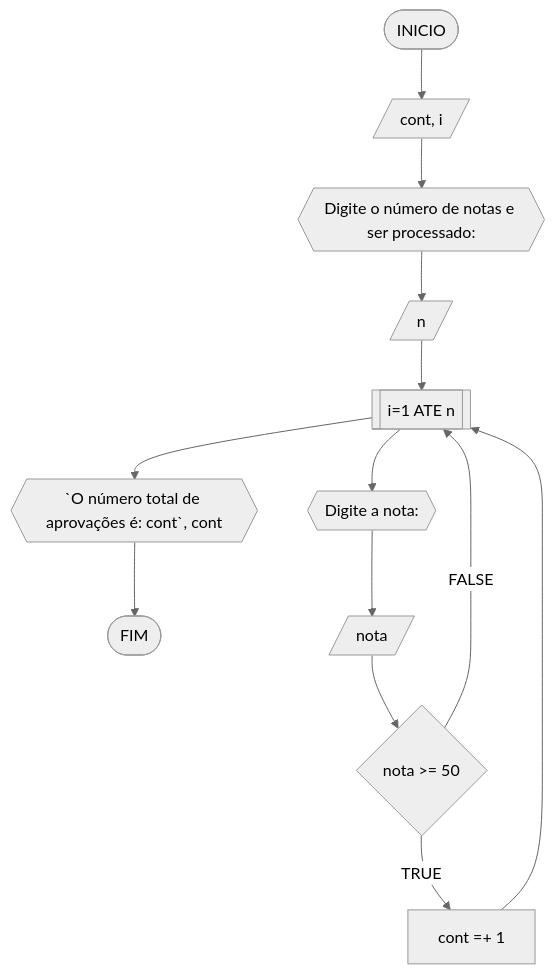
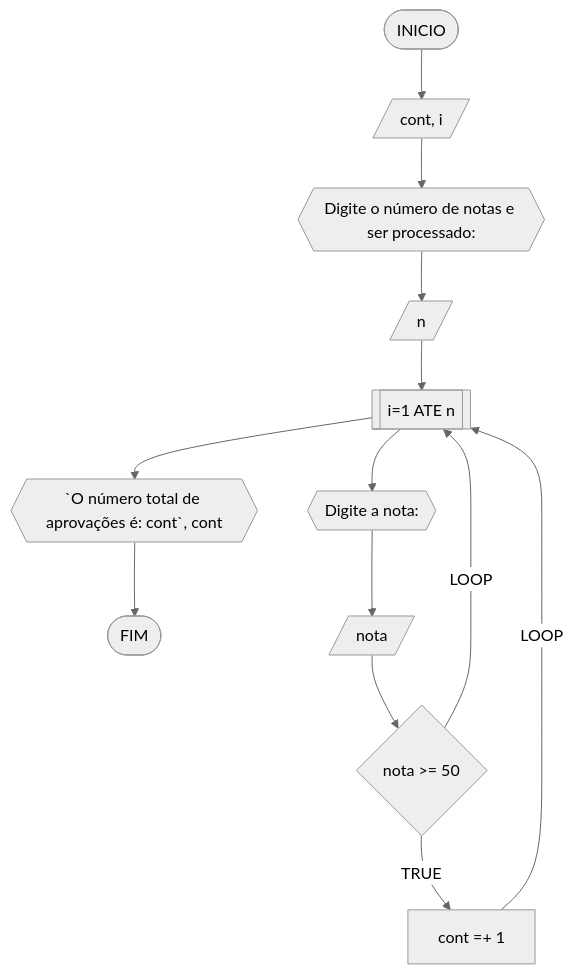
One commit to AlissonFT2/unifor changed the second of 7 diagrams in RLA/unidade1/AD1.md. Above: the diagram before and after it, drawn with Mermaid (neutral theme). The commit also changed other lines of this file, not shown here.

````diff
--- a/RLA/unidade1/AD1.md
+++ b/RLA/unidade1/AD1.md
@@ -94,15 +94,15 @@
 ```mermaid
 flowchart TD
 A([INICIO]) --> B[/cont, i/]
 B --> C{{Digite o número de notas e ser processado: }}
 C --> D[/n/]
 D --> E[[i=1 ATE n]]
 E --> J{{`O número total de aprovações é: cont`, cont}}
 J --> K([FIM])
 E --> F{{Digite a nota: }}
 F --> G[/nota/]
 G --> H{nota >= 50}
 H --TRUE--> I[cont =+ 1]
-H --FALSE--> E
-I --> E
+H --LOOP--> E
+I --LOOP--> E
 ```
````
